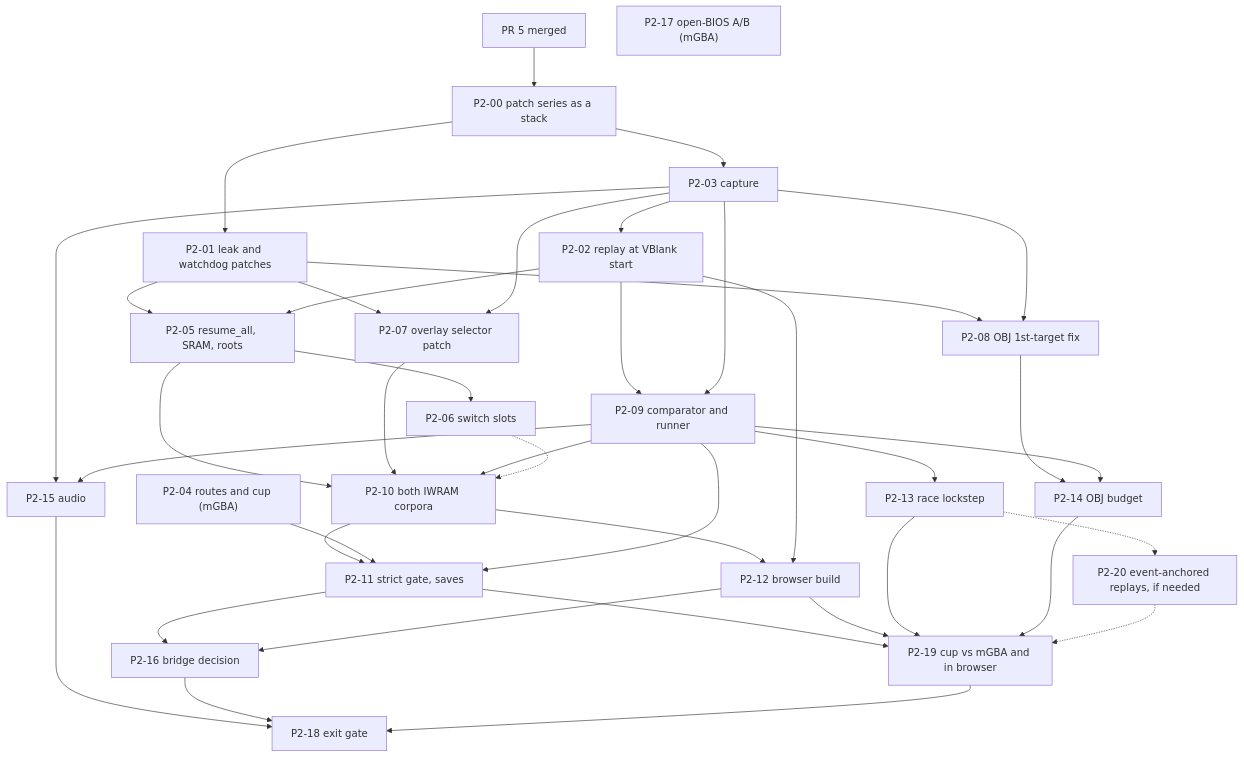
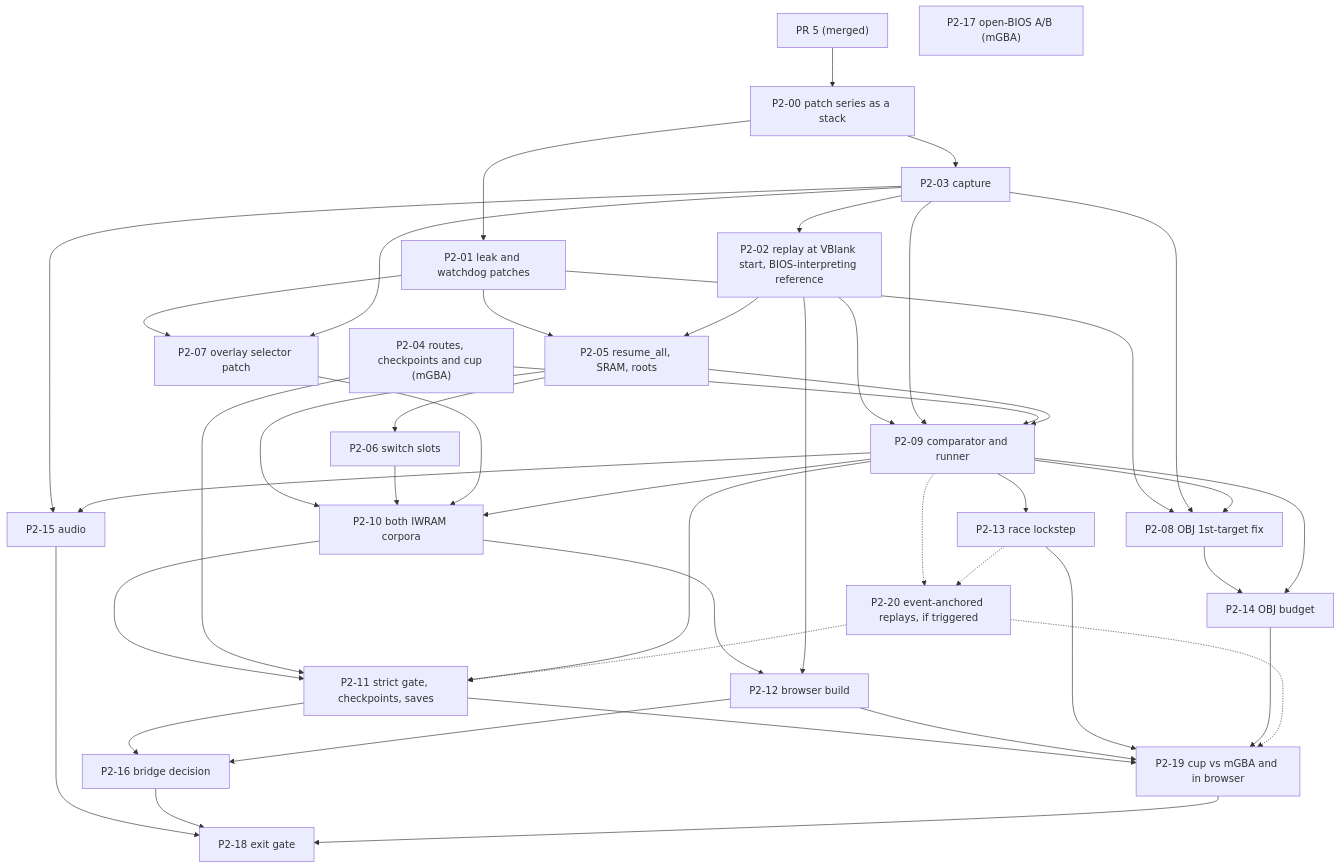
Before and after one commit to nvergez/moto-racer-advanced-browser: the diagram in docs/phase2-plan.md, drawn with Mermaid. The commit also changed other lines of this file and 2 other files, not shown here.

````diff
--- a/docs/phase2-plan.md
+++ b/docs/phase2-plan.md
@@ -511,43 +545,48 @@
 ```mermaid
 graph TD
-  PR5["PR 5 merged"] --> T00["P2-00 patch series as a stack"]
+  PR5["PR 5 (merged)"] --> T00["P2-00 patch series as a stack"]
   T00 --> T01["P2-01 leak and watchdog patches"]
   T00 --> T03["P2-03 capture"]
-  T03 --> T02["P2-02 replay at VBlank start"]
-  T04["P2-04 routes and cup (mGBA)"]
+  T03 --> T02["P2-02 replay at VBlank start, BIOS-interpreting reference"]
+  T04["P2-04 routes, checkpoints and cup (mGBA)"]
   T17["P2-17 open-BIOS A/B (mGBA)"]
   T01 --> T05["P2-05 resume_all, SRAM, roots"]
   T02 --> T05
   T05 --> T06["P2-06 switch slots"]
   T01 --> T07["P2-07 overlay selector patch"]
   T03 --> T07
+  T02 --> T09["P2-09 comparator and runner"]
+  T03 --> T09
+  T04 --> T09
+  T05 --> T09
   T01 --> T08["P2-08 OBJ 1st-target fix"]
   T03 --> T08
-  T02 --> T09["P2-09 comparator and runner"]
-  T03 --> T09
+  T09 --> T08
   T05 --> T10["P2-10 both IWRAM corpora"]
+  T06 --> T10
   T07 --> T10
   T09 --> T10
-  T06 -.-> T10
-  T10 --> T11["P2-11 strict gate, saves"]
+  T10 --> T11["P2-11 strict gate, checkpoints, saves"]
   T04 --> T11
   T09 --> T11
   T10 --> T12["P2-12 browser build"]
   T02 --> T12
   T09 --> T13["P2-13 race lockstep"]
   T08 --> T14["P2-14 OBJ budget"]
   T09 --> T14
   T03 --> T15["P2-15 audio"]
   T09 --> T15
   T11 --> T16["P2-16 bridge decision"]
   T12 --> T16
-  T13 -.-> T20["P2-20 event-anchored replays, if needed"]
+  T09 -.-> T20["P2-20 event-anchored replays, if triggered"]
+  T13 -.-> T20
+  T20 -.-> T11
   T11 --> T19["P2-19 cup vs mGBA and in browser"]
   T12 --> T19
   T13 --> T19
   T14 --> T19
   T20 -.-> T19
   T15 --> T18["P2-18 exit gate"]
   T16 --> T18
   T19 --> T18
 ```
````
